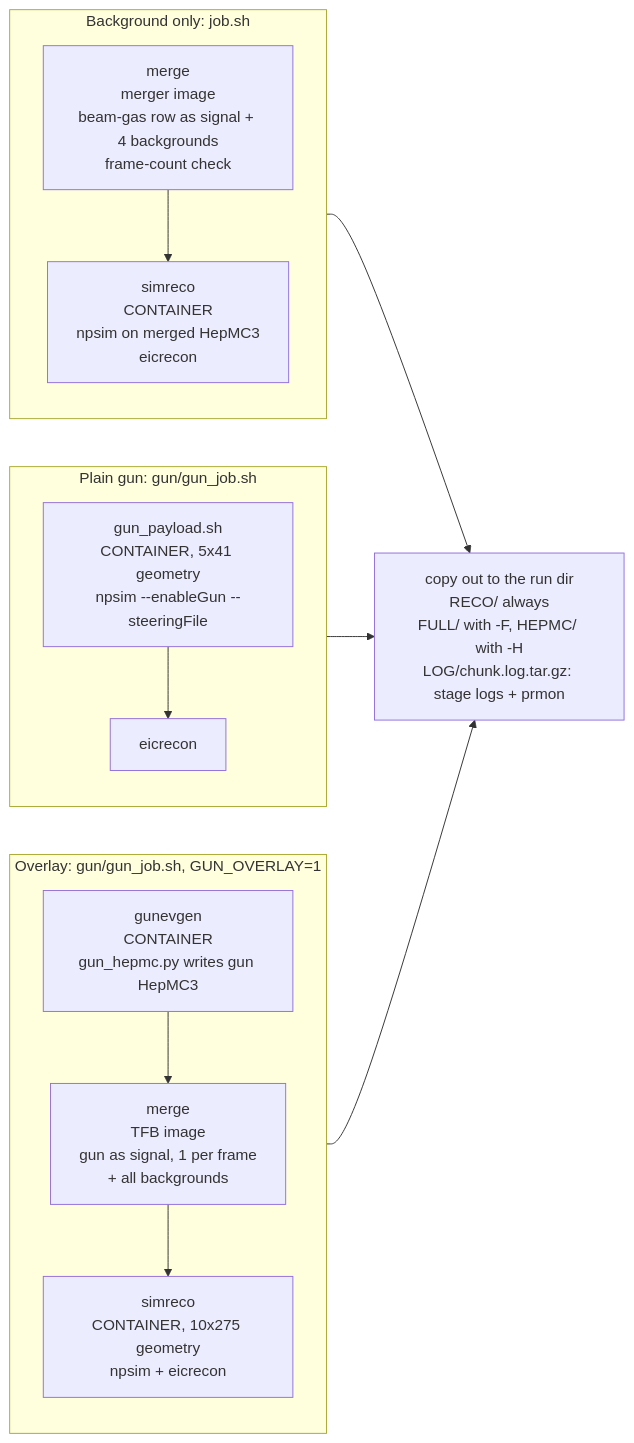
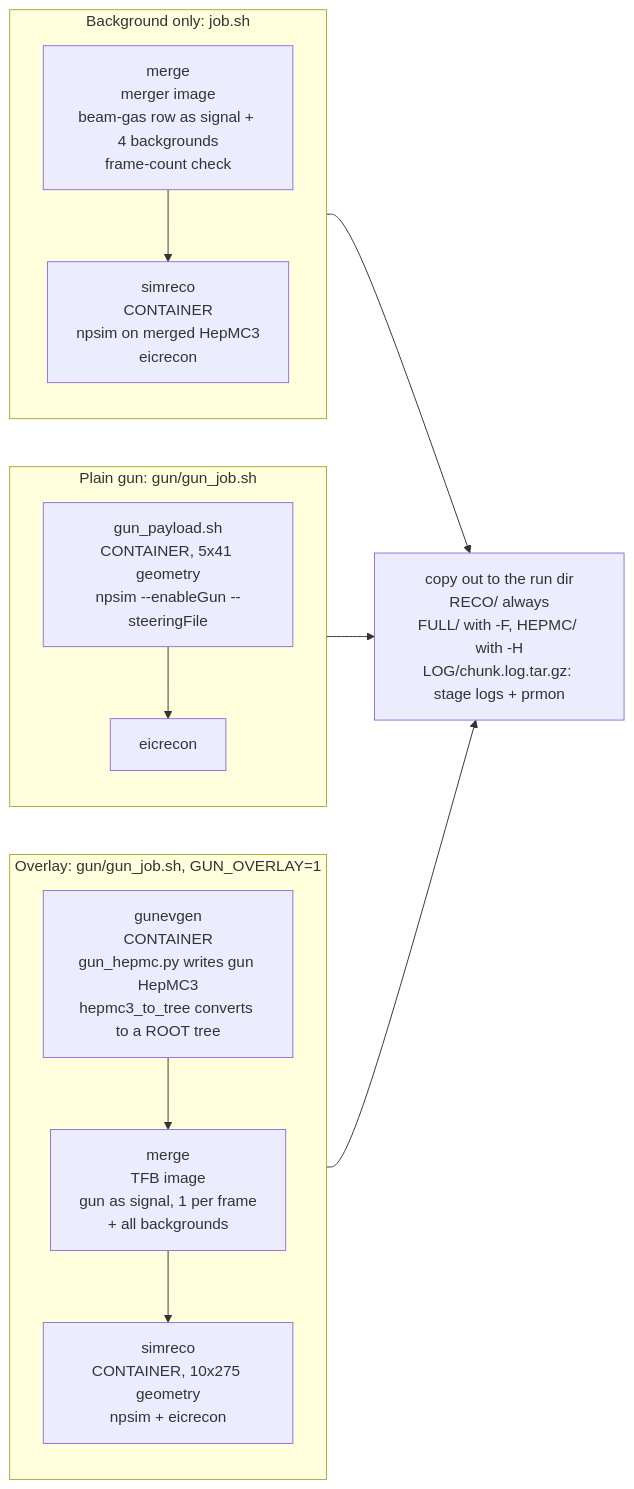
Before and after one commit to rahmans1/bnl-epic-condor-test: the second of 3 diagrams in README.md, drawn with Mermaid. The commit also changed other lines of this file and 3 other files, not shown here.

First line of the commit message:
Fix gun overlay: ROOT-tree input and a real production vertex

````diff
--- a/README.md
+++ b/README.md
@@ -69,19 +69,19 @@
 ```mermaid
 flowchart LR
     subgraph BG["Background only: job.sh"]
         direction TB
         b1["merge<br/>merger image<br/>beam-gas row as signal + 4 backgrounds<br/>frame-count check"] --> b2["simreco<br/>CONTAINER<br/>npsim on merged HepMC3<br/>eicrecon"]
     end
     subgraph GUN["Plain gun: gun/gun_job.sh"]
         direction TB
         g1["gun_payload.sh<br/>CONTAINER, 5x41 geometry<br/>npsim --enableGun --steeringFile"] --> g2["eicrecon"]
     end
     subgraph OV["Overlay: gun/gun_job.sh, GUN_OVERLAY=1"]
         direction TB
-        o1["gunevgen<br/>CONTAINER<br/>gun_hepmc.py writes gun HepMC3"] --> o2["merge<br/>TFB image<br/>gun as signal, 1 per frame<br/>+ all backgrounds"]
+        o1["gunevgen<br/>CONTAINER<br/>gun_hepmc.py writes gun HepMC3<br/>hepmc3_to_tree converts to a ROOT tree"] --> o2["merge<br/>TFB image<br/>gun as signal, 1 per frame<br/>+ all backgrounds"]
         o2 --> o3["simreco<br/>CONTAINER, 10x275 geometry<br/>npsim + eicrecon"]
     end
     BG --> OUT["copy out to the run dir<br/>RECO/ always<br/>FULL/ with -F, HEPMC/ with -H<br/>LOG/chunk.log.tar.gz: stage logs + prmon"]
     GUN --> OUT
     OV --> OUT
 ```
````
